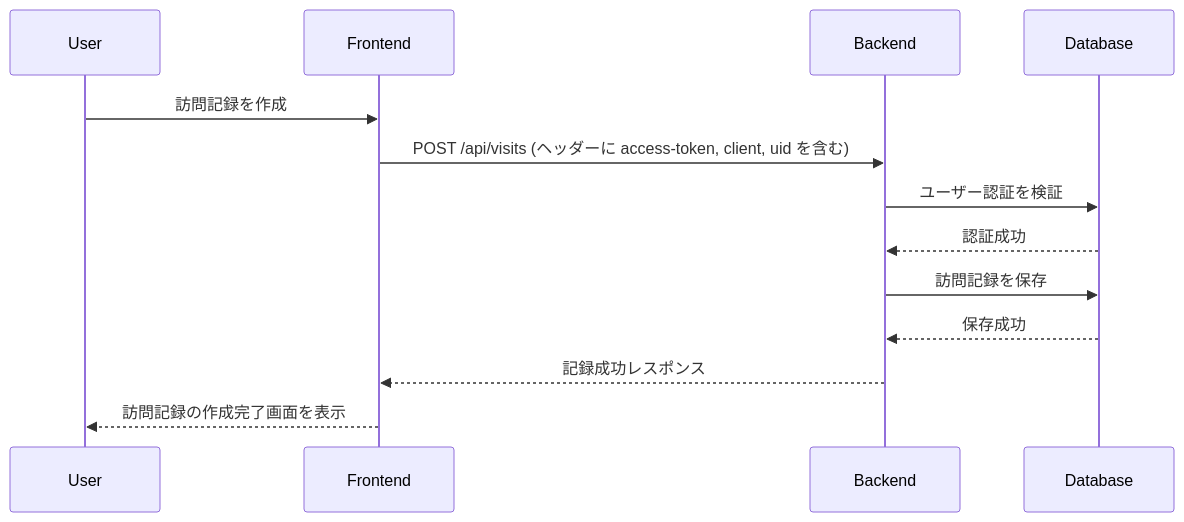
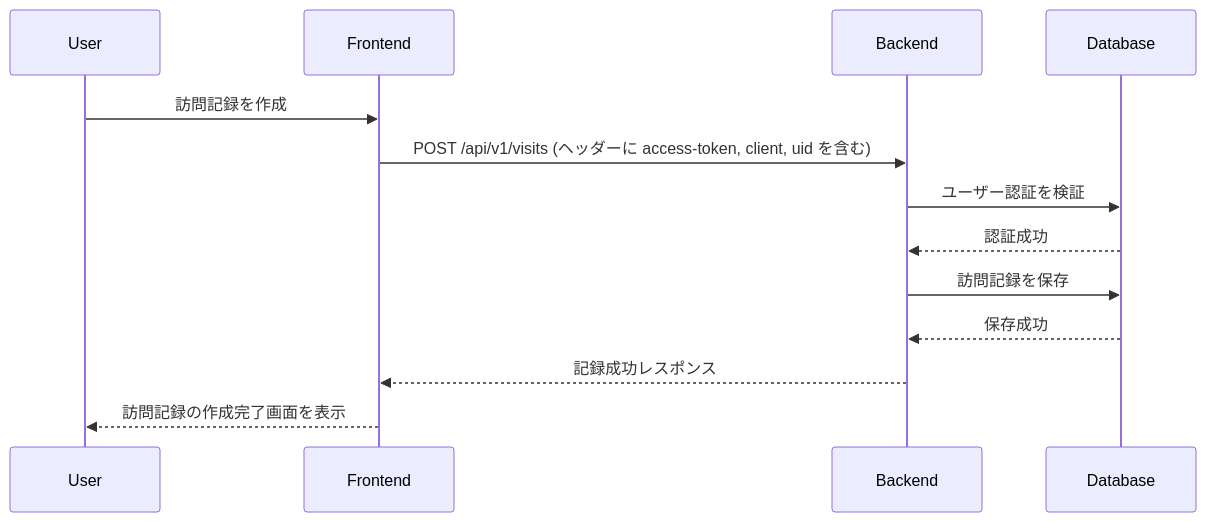
The third of 8 diagrams in README.md (muranakaaa/secoma-record), drawn with Mermaid before and after one commit. The commit also changed other lines of this file, not shown here.

````diff
--- a/README.md
+++ b/README.md
@@ -152,16 +152,16 @@
 ```mermaid
 sequenceDiagram
     participant User
     participant Frontend
     participant Backend
     participant Database
 
     User->>Frontend: 訪問記録を作成
-    Frontend->>Backend: POST /api/visits (ヘッダーに access-token, client, uid を含む)
+    Frontend->>Backend: POST /api/v1/visits (ヘッダーに access-token, client, uid を含む)
     Backend->>Database: ユーザー認証を検証
     Database-->>Backend: 認証成功
     Backend->>Database: 訪問記録を保存
     Database-->>Backend: 保存成功
     Backend-->>Frontend: 記録成功レスポンス
     Frontend-->>User: 訪問記録の作成完了画面を表示
 ```
````
